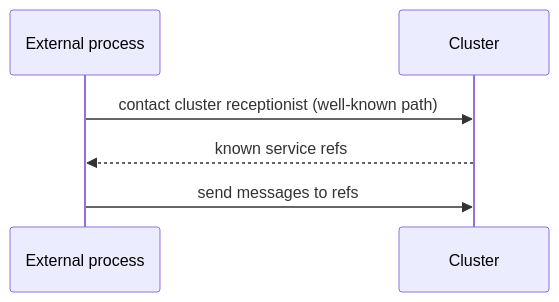
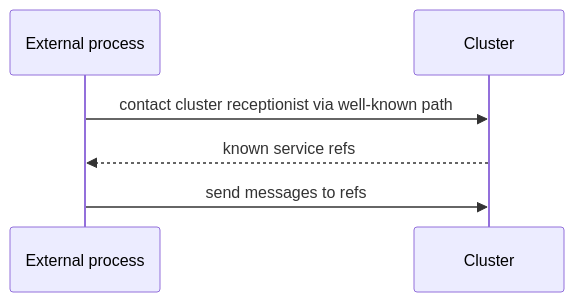
One commit to pathosDev/actor-ts changed the diagram in docs/src/content/docs/cluster/cluster-client.mdx. Above: the diagram before and after it, drawn with Mermaid. The commit also changed 8 other files, not shown here.

First line of the commit message:
docs(sharding,singleton): convert ASCII diagrams to Mermaid

````diff
--- a/docs/src/content/docs/cluster/cluster-client.mdx
+++ b/docs/src/content/docs/cluster/cluster-client.mdx
@@ -43,8 +43,8 @@
 ```mermaid
 sequenceDiagram
   participant Ext as External process
   participant Cluster
-  Ext->>Cluster: contact cluster receptionist (well-known path)
+  Ext->>Cluster: contact cluster receptionist via well-known path
   Cluster-->>Ext: known service refs
   Ext->>Cluster: send messages to refs
 ```
````
